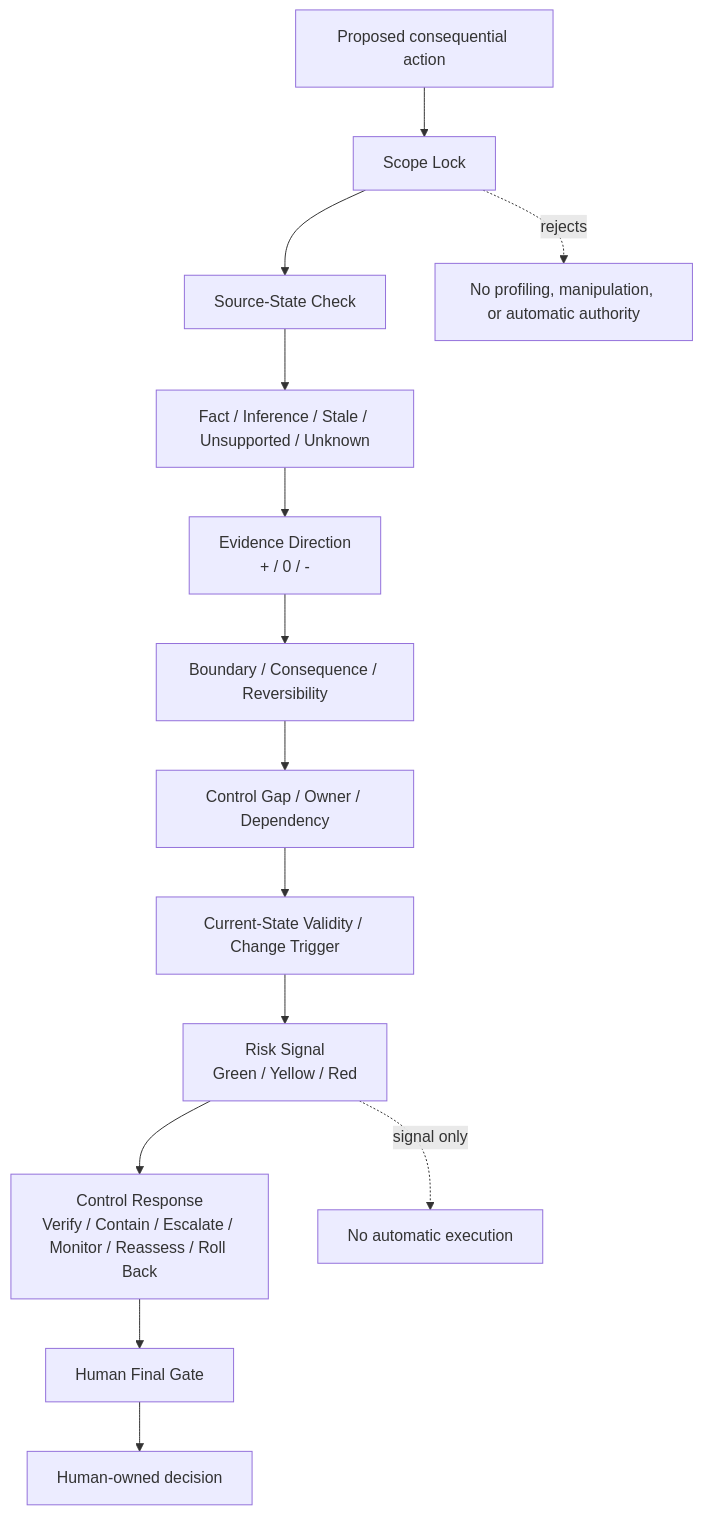
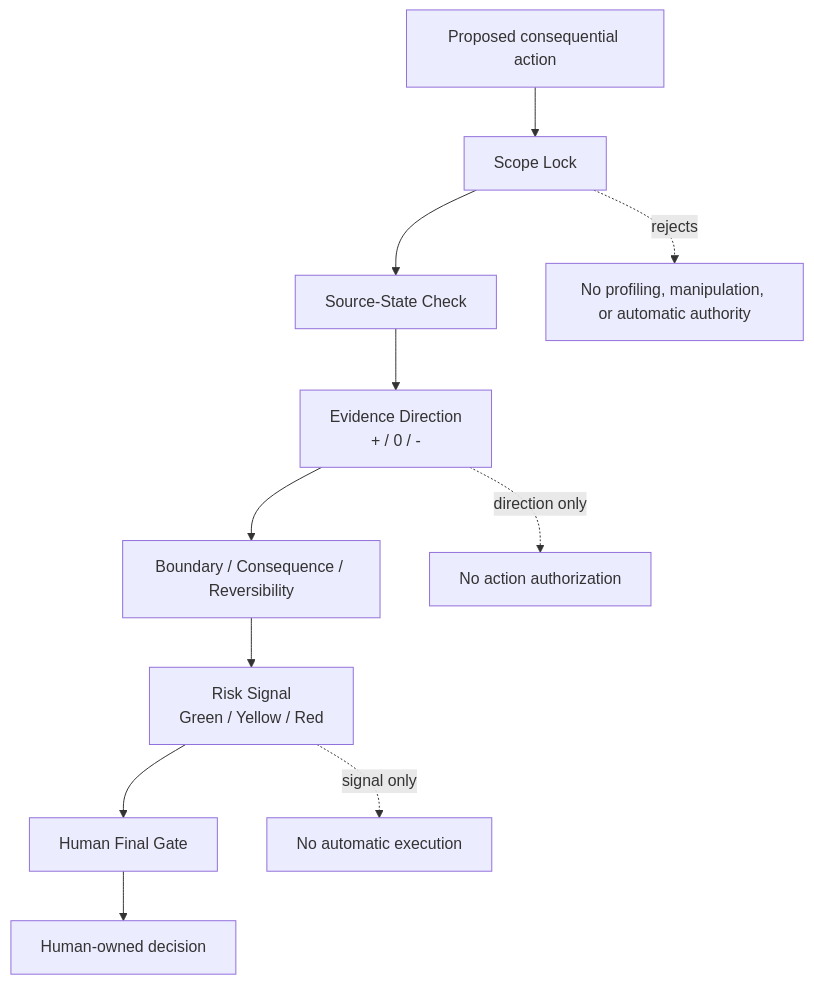
Before and after one commit to Yelan22CAT/model1: the diagram in README.md, drawn with Mermaid. The commit also changed other lines of this file, not shown here.

````diff
--- a/README.md
+++ b/README.md
@@ -90,17 +92,14 @@
 ```mermaid
 flowchart TD
     A[Proposed consequential action] --> B[Scope Lock]
     B --> C[Source-State Check]
-    C --> D[Fact / Inference / Stale / Unsupported / Unknown]
-    D --> E[Evidence Direction<br/>+ / 0 / -]
-    E --> F[Boundary / Consequence / Reversibility]
-    F --> G[Control Gap / Owner / Dependency]
-    G --> H[Current-State Validity / Change Trigger]
-    H --> I[Risk Signal<br/>Green / Yellow / Red]
-    I --> J[Control Response<br/>Verify / Contain / Escalate / Monitor / Reassess / Roll Back]
-    J --> K[Human Final Gate]
-    K --> L[Human-owned decision]
+    C --> D[Evidence Direction<br/>+ / 0 / -]
+    D --> E[Boundary / Consequence / Reversibility]
+    E --> F[Risk Signal<br/>Green / Yellow / Red]
+    F --> G[Human Final Gate]
+    G --> H[Human-owned decision]
 
     B -. rejects .-> X[No profiling, manipulation, or automatic authority]
-    I -. signal only .-> Y[No automatic execution]
+    D -. direction only .-> U[No action authorization]
+    F -. signal only .-> Y[No automatic execution]
 ```
````
